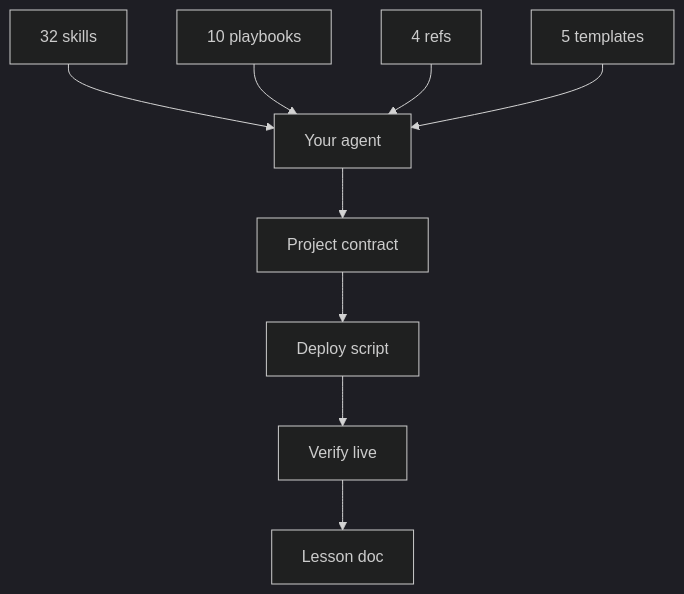
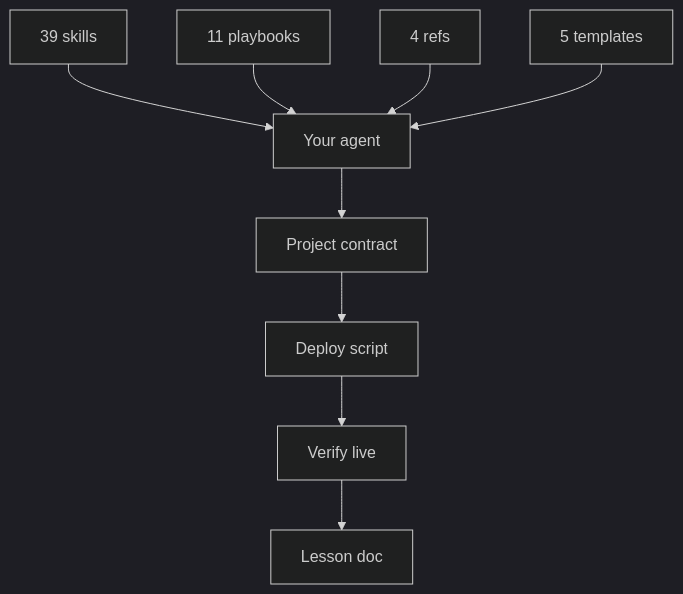
Before and after one commit to Nonarkara/dr-non-vibecoding-skills: the diagram in README.md, drawn with Mermaid (dark theme). The commit also changed other lines of this file and 11 other files, not shown here.

````diff
--- a/README.md
+++ b/README.md
@@ -160,11 +170,11 @@
 ```mermaid
 flowchart TB
-  S["32 skills"] --> A["Your agent"]
-  P["10 playbooks"] --> A
+  S["39 skills"] --> A["Your agent"]
+  P["11 playbooks"] --> A
   R["4 refs"] --> A
   T["5 templates"] --> A
   A --> W["Project contract"]
   W --> D["Deploy script"]
   D --> V["Verify live"]
   V --> L["Lesson doc"]
 ```
````
